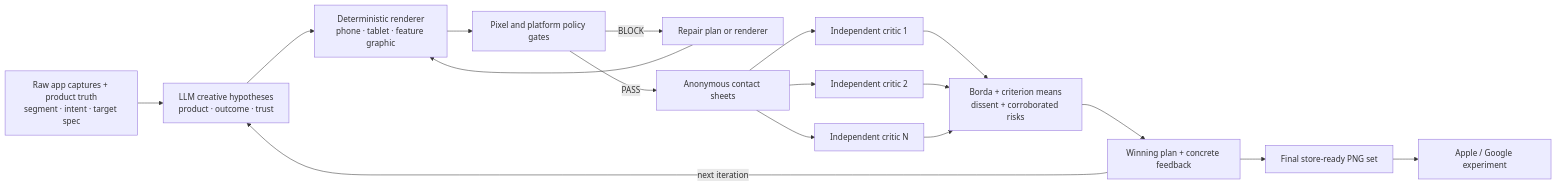
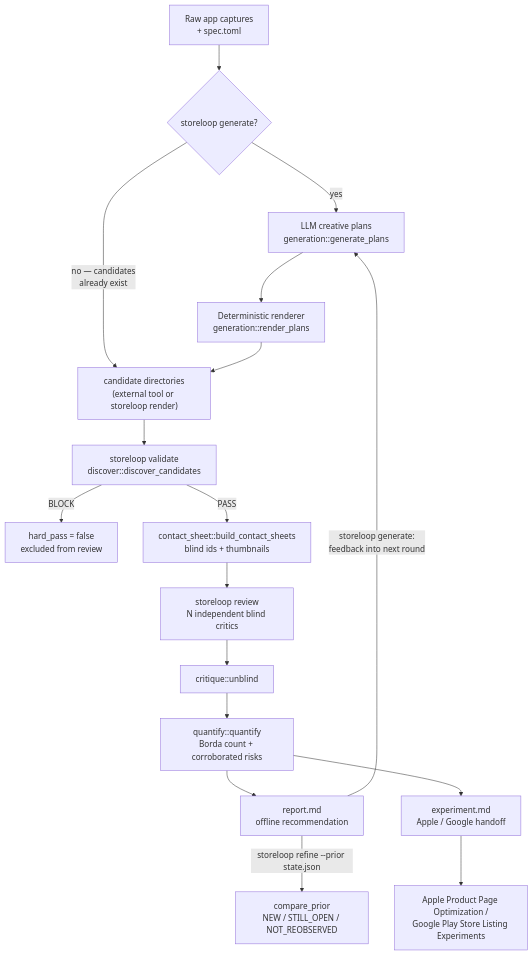
The first of 6 diagrams in README.md (Loop-Suite/store-creative-loop), drawn with Mermaid before and after one commit. The commit also changed other lines of this file, not shown here.

First line of the commit message:
Rewrite README with grounded architecture, CLI reference, and pipeline diagrams

````diff
--- a/README.md
+++ b/README.md
@@ -9,19 +41,19 @@
 ```mermaid
-flowchart LR
-    A["Raw app captures + product truth<br/>segment · intent · target spec"] --> B["LLM creative hypotheses<br/>product · outcome · trust"]
-    B --> C["Deterministic renderer<br/>phone · tablet · feature graphic"]
-    C --> D["Pixel and platform policy gates"]
-    D -->|"BLOCK"| E["Repair plan or renderer"]
-    E --> C
-    D -->|"PASS"| F["Anonymous contact sheets"]
-    F --> G1["Independent critic 1"]
-    F --> G2["Independent critic 2"]
-    F --> G3["Independent critic N"]
-    G1 --> H["Borda + criterion means<br/>dissent + corroborated risks"]
-    G2 --> H
-    G3 --> H
-    H --> I["Winning plan + concrete feedback"]
-    I -->|"next iteration"| B
-    I --> J["Final store-ready PNG set"]
-    J --> K["Apple / Google experiment"]
+flowchart TB
+    Raw["Raw app captures<br/>+ spec.toml"] --> Gen{"storeloop generate?"}
+    Gen -->|"yes"| Plan["LLM creative plans<br/>generation::generate_plans"]
+    Plan --> Rnd["Deterministic renderer<br/>generation::render_plans"]
+    Gen -->|"no — candidates<br/>already exist"| Cand["candidate directories<br/>(external tool or storeloop render)"]
+    Rnd --> Cand
+    Cand --> Val["storeloop validate<br/>discover::discover_candidates"]
+    Val -->|"BLOCK"| Excl["hard_pass = false<br/>excluded from review"]
+    Val -->|"PASS"| Blind["contact_sheet::build_contact_sheets<br/>blind ids + thumbnails"]
+    Blind --> Crit["storeloop review<br/>N independent blind critics"]
+    Crit --> Unbl["critique::unblind"]
+    Unbl --> Quant["quantify::quantify<br/>Borda count + corroborated risks"]
+    Quant --> Rep["report.md<br/>offline recommendation"]
+    Quant --> Hand["experiment.md<br/>Apple / Google handoff"]
+    Rep -->|"storeloop generate:<br/>feedback into next round"| Plan
+    Rep -->|"storeloop refine --prior state.json"| Refn["compare_prior<br/>NEW / STILL_OPEN / NOT_REOBSERVED"]
+    Hand --> Market["Apple Product Page Optimization /<br/>Google Play Store Listing Experiments"]
 ```
````
